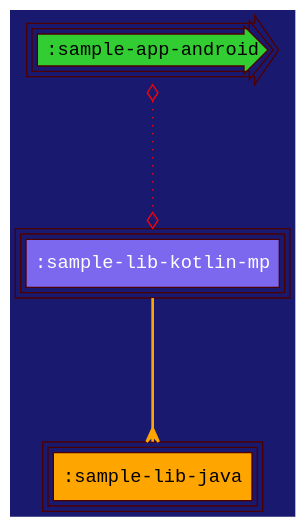
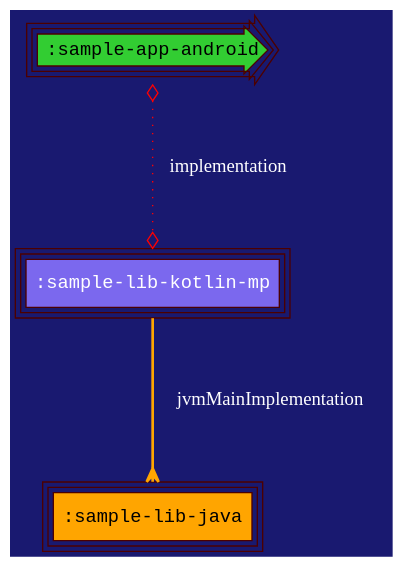
One commit to jonapoul/atlas changed the diagram in samples/sample-graphviz/sample-lib-java/modular/chart.dot. Above: the diagram before and after it, drawn with Graphviz. The commit also changed 35 other files, not shown here.

```diff
--- a/samples/sample-graphviz/sample-lib-java/modular/chart.dot
+++ b/samples/sample-graphviz/sample-lib-java/modular/chart.dot
@@ -1,10 +1,10 @@
 digraph {
-  edge [arrowhead="ediamond",arrowtail="none",color="red",labelfloat="true",fontcolor="lime"]
+  edge [arrowhead="ediamond",arrowtail="none",fontcolor="white",labelfloat="false",color="red"]
   graph [layout="dot",bgcolor="MidnightBlue",fontsize="30",rankdir="TB",ranksep="1.5"]
   node [fontname="Courier New",peripheries="3",style="filled",shape="box",color="#4C0000"]
   ":sample-app-android" [shape="rarrow",style="radial",fillcolor="limegreen"]
   ":sample-lib-java" [fillcolor="orange"]
   ":sample-lib-kotlin-mp" [fontcolor="white",fillcolor="mediumslateblue"]
-  ":sample-app-android" -> ":sample-lib-kotlin-mp" [style="dotted",dir="both",arrowtail="ediamond"]
-  ":sample-lib-kotlin-mp" -> ":sample-lib-java" [style="bold",color="orange",arrowhead="crow"]
+  ":sample-app-android" -> ":sample-lib-kotlin-mp" [style="dotted",label="implementation",dir="both",arrowtail="ediamond"]
+  ":sample-lib-kotlin-mp" -> ":sample-lib-java" [style="bold",color="orange",label="jvmMainImplementation",arrowhead="crow"]
 }
```
